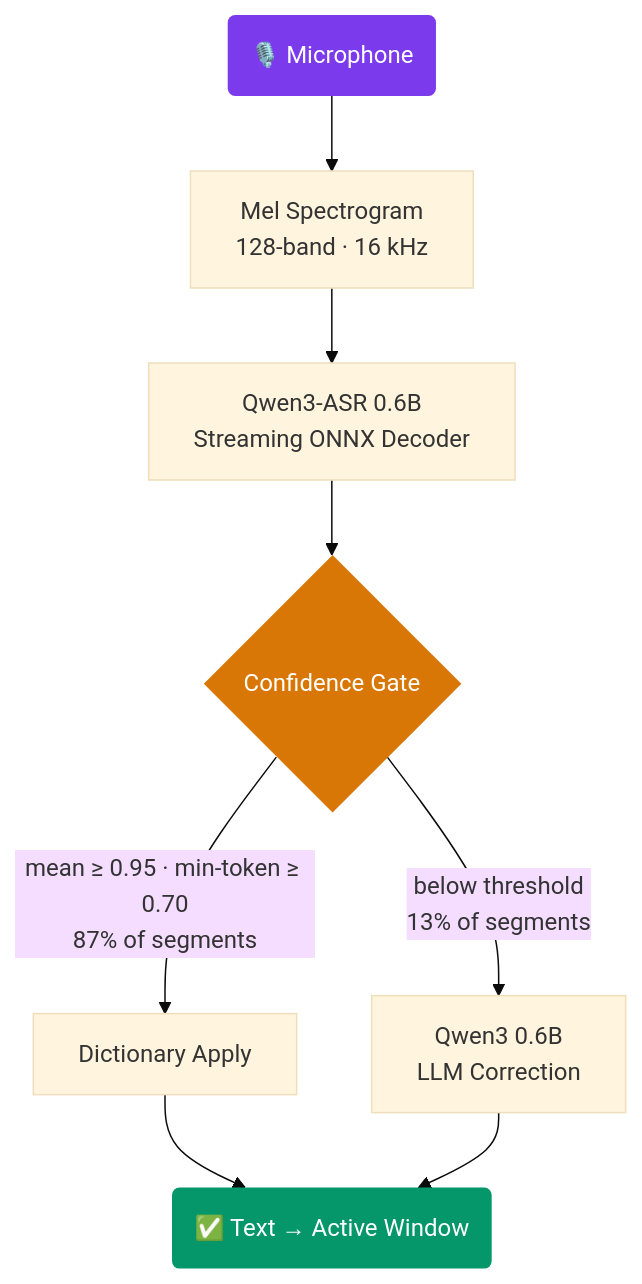
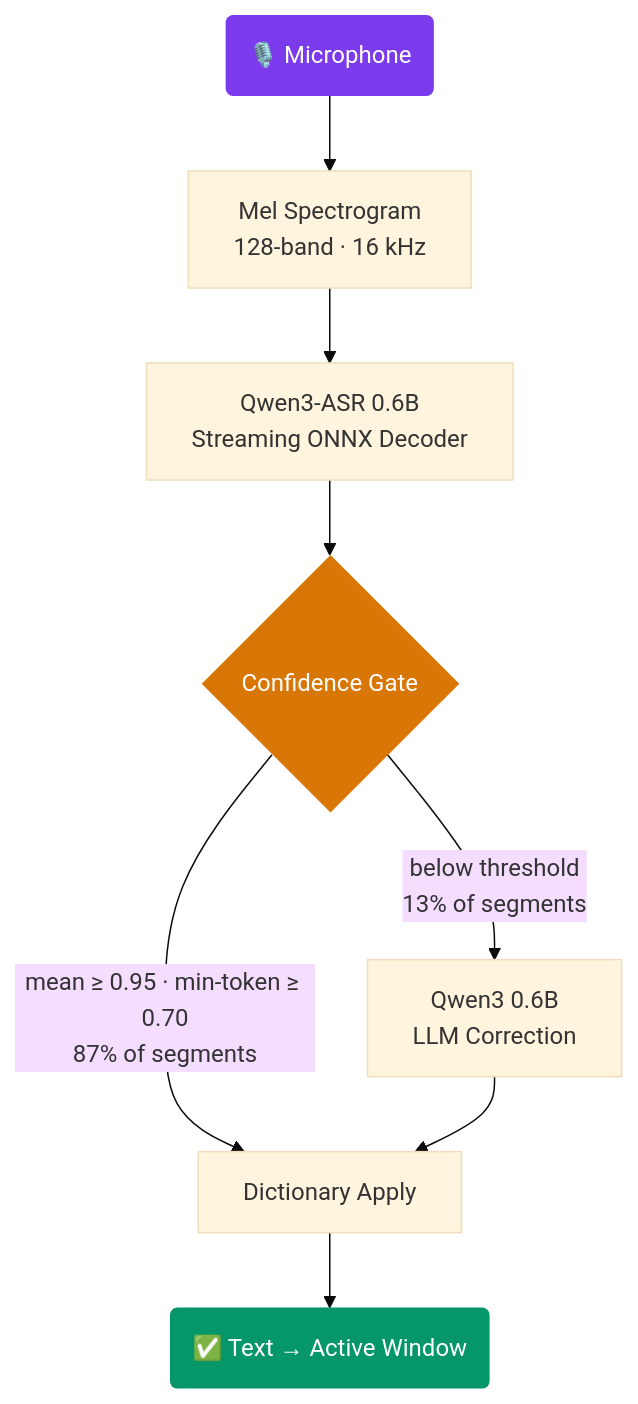
One commit to CoderDayton/lune-voice changed the diagram in README.md. Above: the diagram before and after it, drawn with Mermaid (base theme). The commit also changed 1 other file, not shown here.

Commit message:
fix: mermaid diagram syntax and add CLAUDE.md to gitignore
Replace \n with <br/> in mermaid node labels for GitHub rendering.
Fix flowchart edge ordering (LLM → Dictionary → Output).

````diff
--- a/README.md
+++ b/README.md
@@ -32,13 +32,13 @@
 ```mermaid
 flowchart TD
-    A("🎙️ Microphone") --> B["Mel Spectrogram\n128-band · 16 kHz"]
-    B --> C["Qwen3-ASR 0.6B\nStreaming ONNX Decoder"]
+    A("🎙️ Microphone") --> B["Mel Spectrogram<br/>128-band · 16 kHz"]
+    B --> C["Qwen3-ASR 0.6B<br/>Streaming ONNX Decoder"]
     C --> D{Confidence Gate}
-    D -->|"mean ≥ 0.95 · min-token ≥ 0.70\n87% of segments"| E["Dictionary Apply"]
-    D -->|"below threshold\n13% of segments"| F["Qwen3 0.6B\nLLM Correction"]
+    D -->|"mean ≥ 0.95 · min-token ≥ 0.70<br/>87% of segments"| E["Dictionary Apply"]
+    D -->|"below threshold<br/>13% of segments"| F["Qwen3 0.6B<br/>LLM Correction"]
+    F --> E
     E --> G("✅ Text → Active Window")
-    F --> G
     style A fill:#7c3aed,color:#fff,stroke:none
     style G fill:#059669,color:#fff,stroke:none
     style D fill:#d97706,color:#fff,stroke:none
 ```
````
